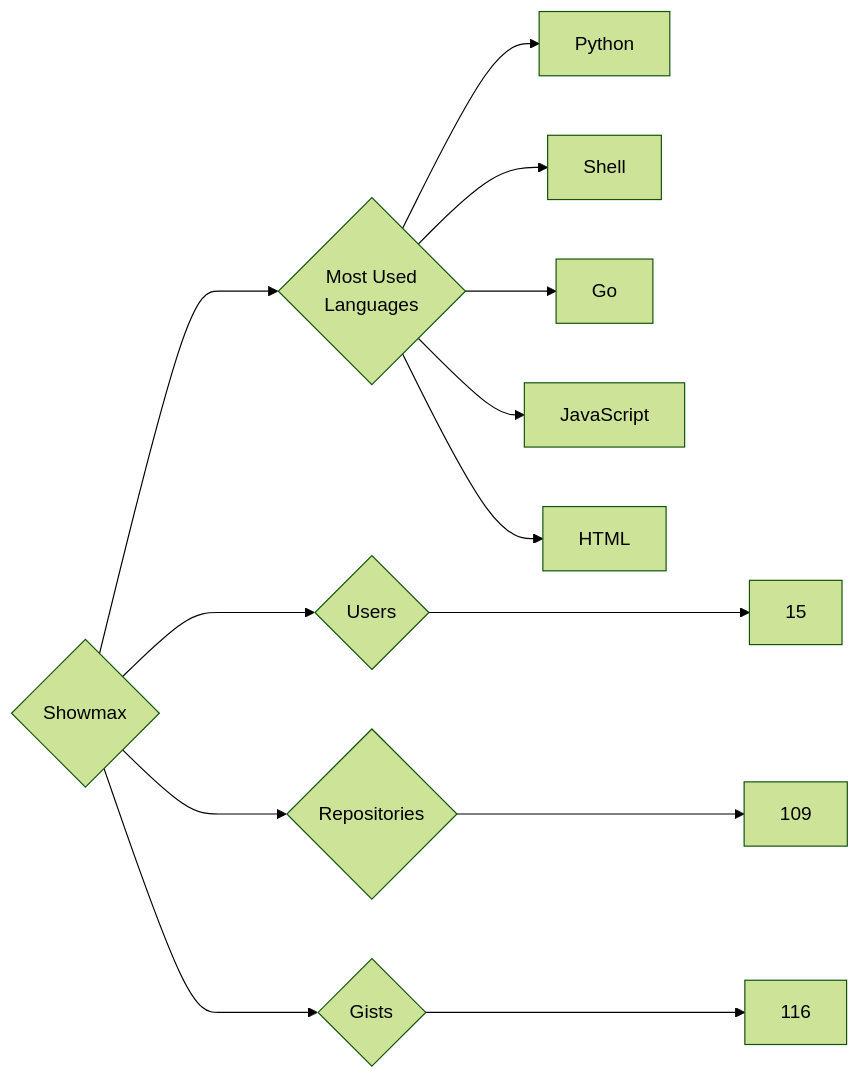
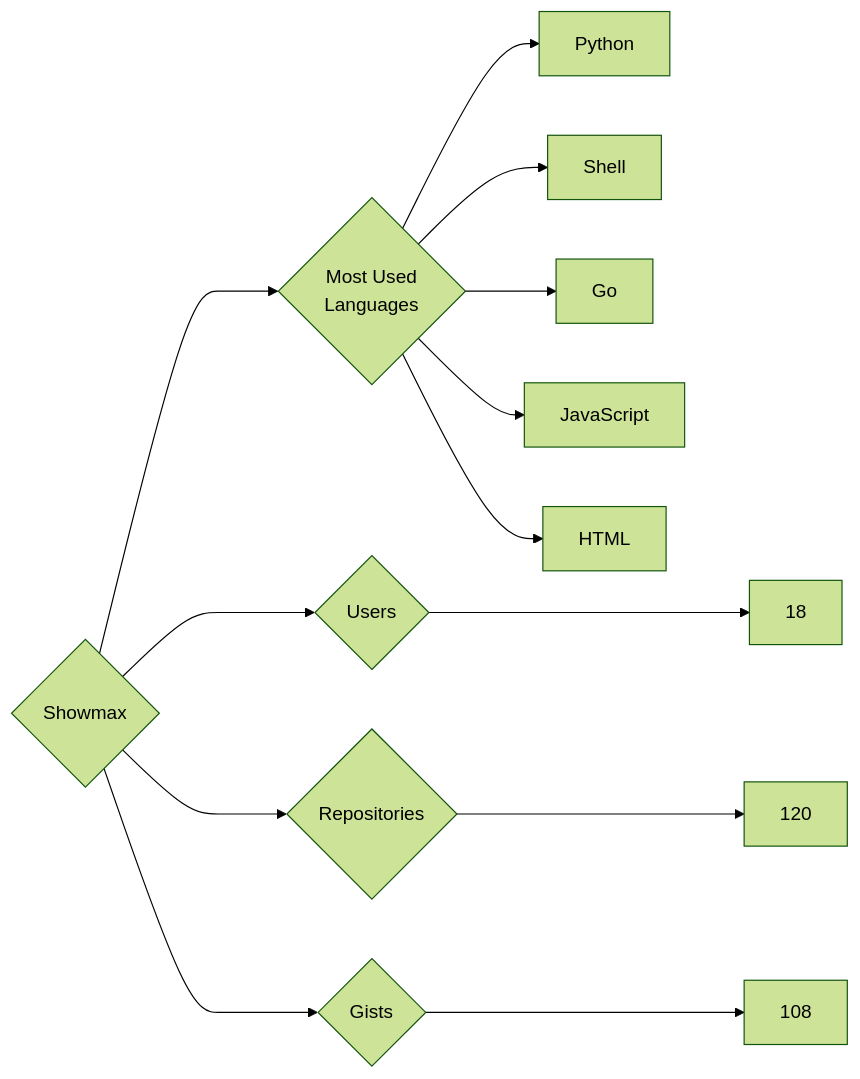
The diagram in targets/Showmax/README.md (trickest/insiders), drawn with Mermaid (forest theme) before and after one commit. The commit also changed 898 other files, not shown here.

````diff
--- a/targets/Showmax/README.md
+++ b/targets/Showmax/README.md
@@ -3,13 +3,13 @@
 ```mermaid
 graph LR
 COMPANY_NAME{Showmax}
-COMPANY_NAME ---> U{Users} ---> UN[15]
-COMPANY_NAME ---> R{Repositories} ---> RN[109]
-COMPANY_NAME ---> G{Gists} ---> GN[116]
+COMPANY_NAME ---> U{Users} ---> UN[18]
+COMPANY_NAME ---> R{Repositories} ---> RN[120]
+COMPANY_NAME ---> G{Gists} ---> GN[108]
 COMPANY_NAME ---> ML{Most Used<br>Languages}
 ML --> Python[Python]
 ML --> Shell[Shell]
 ML --> Go[Go]
 ML --> JavaScript[JavaScript]
 ML --> HTML[HTML]
 ```
````
